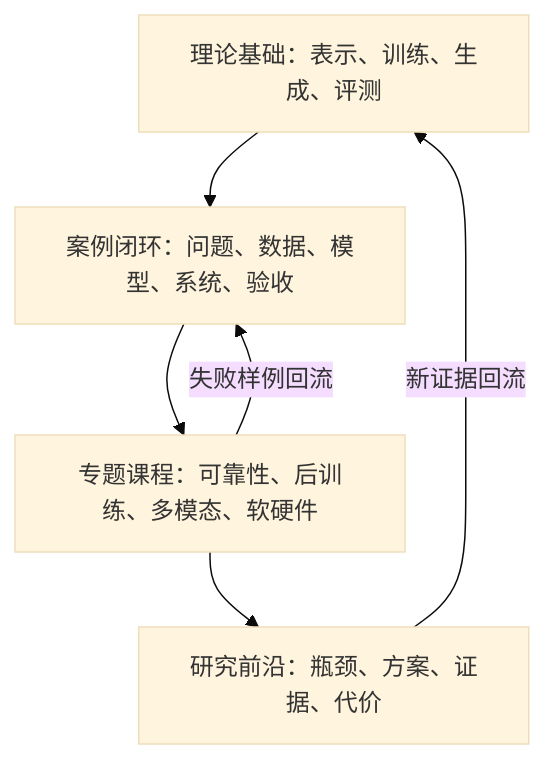
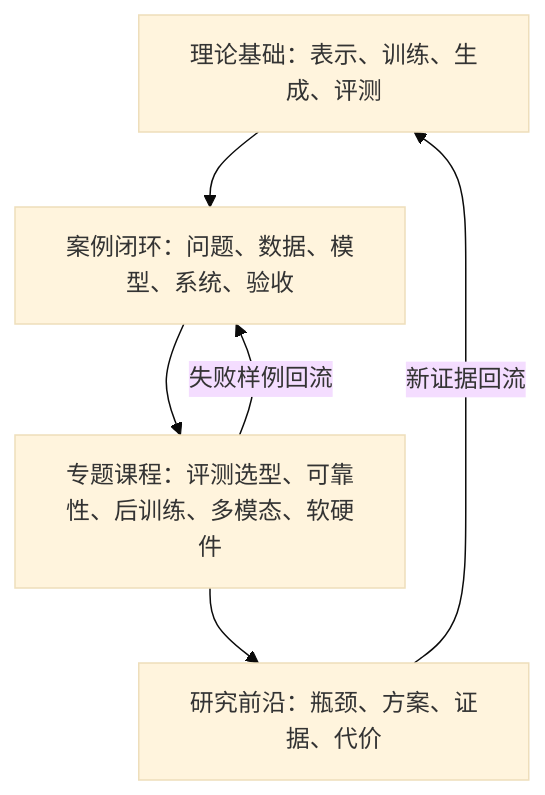
One commit to chengzhang0528/LLMTrain changed the first of 4 diagrams in course/00-从这里开始/全局知识图谱.md. Above: the diagram before and after it, drawn with Mermaid (base theme). The commit also changed other lines of this file and 40 other files, not shown here.

````diff
--- a/course/00-从这里开始/全局知识图谱.md
+++ b/course/00-从这里开始/全局知识图谱.md
@@ -19,8 +19,8 @@
 ```mermaid
 flowchart TB
     A["理论基础：表示、训练、生成、评测"] --> B["案例闭环：问题、数据、模型、系统、验收"]
-    B --> C["专题课程：可靠性、后训练、多模态、软硬件"]
+    B --> C["专题课程：评测选型、可靠性、后训练、多模态、软硬件"]
     C --> D["研究前沿：瓶颈、方案、证据、代价"]
     D -->|"新证据回流"| A
     C -->|"失败样例回流"| B
 ```
````
